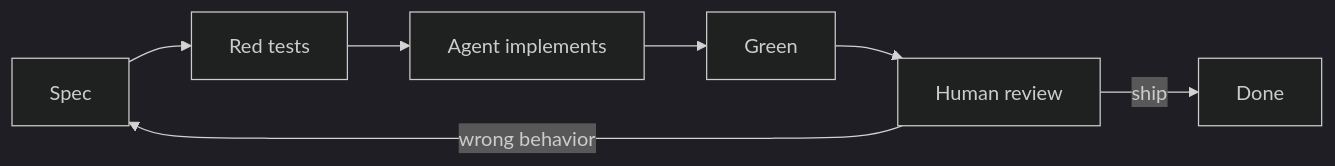
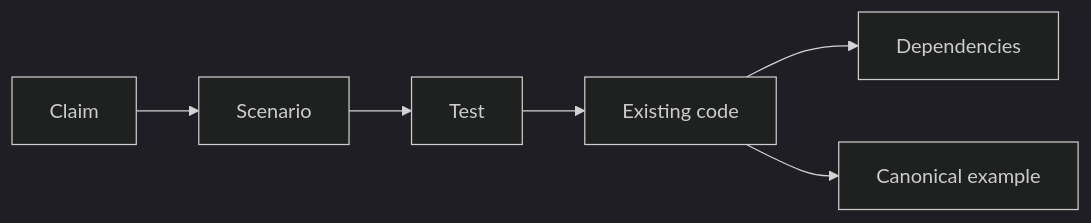
Before and after one commit to RLittlesII/talks: the fourth of 4 diagrams in sdlc/specification-driven-development/slides/slides.md, drawn with Mermaid (dark theme). The commit also changed other lines of this file and 3 other files, not shown here.

````diff
--- a/sdlc/specification-driven-development/slides/slides.md
+++ b/sdlc/specification-driven-development/slides/slides.md
@@ -480,9 +866,8 @@
 ```mermaid {theme: 'neutral', scale: 0.7}
 graph LR
-S[Spec] --> R[Red tests]
-R --> A[Agent implements]
-A --> G[Green]
-G --> V[Human review]
-V -->|"wrong behavior"| S
-V -->|"ship"| D[Done]
+R[Claim] --> S[Scenario]
+S --> T[Test]
+T --> C["Existing code"]
+C --> D[Dependencies]
+C --> E["Canonical example"]
 ```
````
